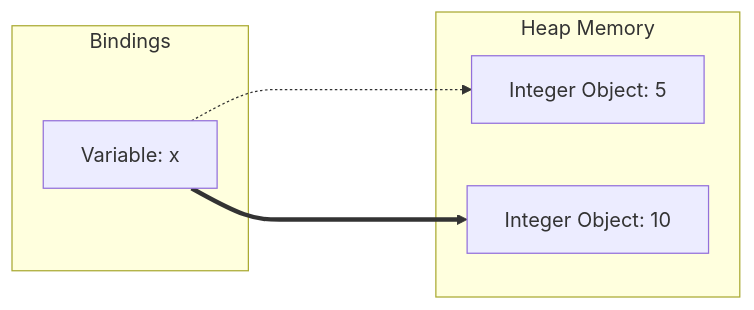
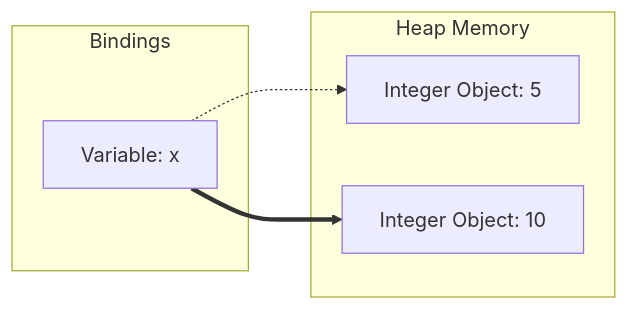
The second of 2 diagrams in lessons/en/python/day-01.md (bakaryuu1997-sys/Sensei-Hub), drawn with Mermaid before and after one commit. The commit also changed other lines of this file and 3 other files, not shown here.

First line of the commit message:
fix(python): day-01 の Mermaid 構文を修正し図を描画可能に

````diff
--- a/lessons/en/python/day-01.md
+++ b/lessons/en/python/day-01.md
@@ -162,12 +162,12 @@
 ```mermaid
 graph LR
     subgraph Bindings
-        x[Variable: x]
+        x["Variable: x"]
     end
-    subgraph Heap Memory
-        obj5[Integer Object: 5]
-        obj10[Integer Object: 10]
+    subgraph Heap["Heap Memory"]
+        obj5["Integer Object: 5"]
+        obj10["Integer Object: 10"]
     end
     x -.-> obj5
-    x ====> obj10
+    x ==> obj10
 ```
````
